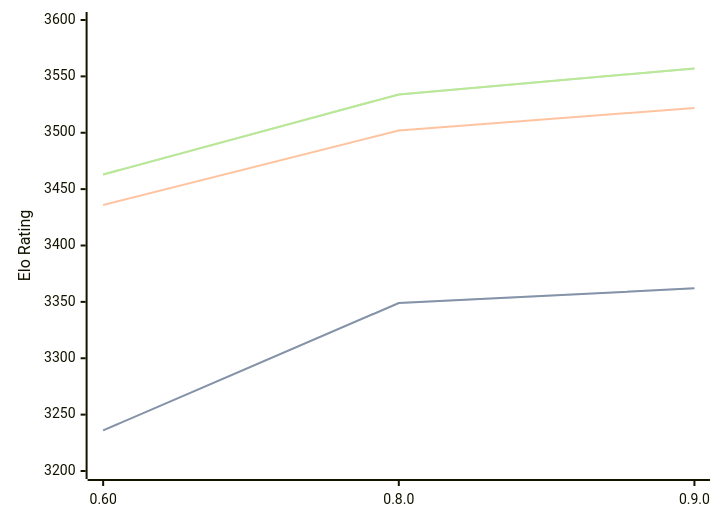
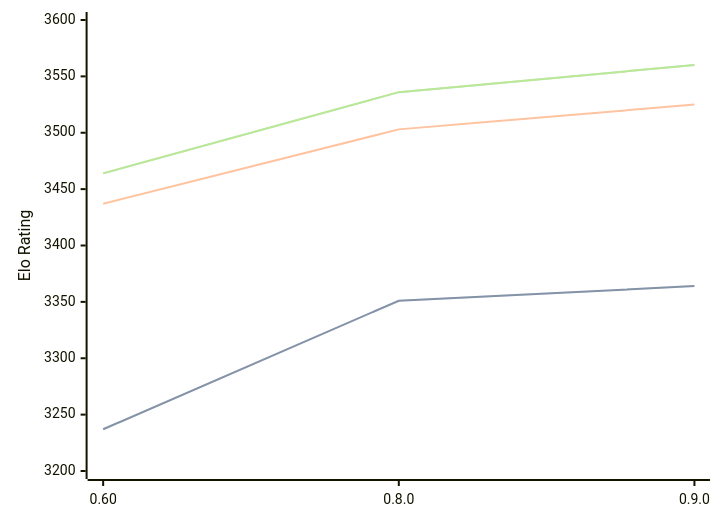
The diagram in engines/Motor.md (computer-chess-index/cci), drawn with Mermaid before and after one commit. The commit also changed other lines of this file, not shown here.

Commit message:
Update CCI Ratings (ELO VLTC) - 2026-04-11

````diff
--- a/engines/Motor.md
+++ b/engines/Motor.md
@@ -39,11 +39,11 @@
 ```mermaid
 %%{init: {"theme":"base","themeVariables":{"seriesColors:['#a3a3a3','#222221','#faa371']}}}%%
 xychart-beta
   x-axis ["0.60", "0.8.0", "0.9.0"]
   y-axis "Elo Rating" 3200 --> 3600
-  line "STC (8.0+0.08s)" [3236, 3349, 3362]
-  line "STC (8.0+0.08s)" [3236, 3349, 3362]
-  line "LTC (60.0+0.60s)" [3436, 3502, 3522]
-  line "VLTC (2m24s+1.12s)" [3463, 3534, 3557]
-  line "VLTC (2m24s+1.12s)" [3463, 3534, 3557]
+  line "STC (8.0+0.08s)" [3237, 3351, 3364]
+  line "STC (8.0+0.08s)" [3237, 3351, 3364]
+  line "LTC (60.0+0.60s)" [3437, 3503, 3525]
+  line "VLTC (2m24s+1.12s)" [3464, 3536, 3560]
+  line "VLTC (2m24s+1.12s)" [3464, 3536, 3560]
 ```
````
